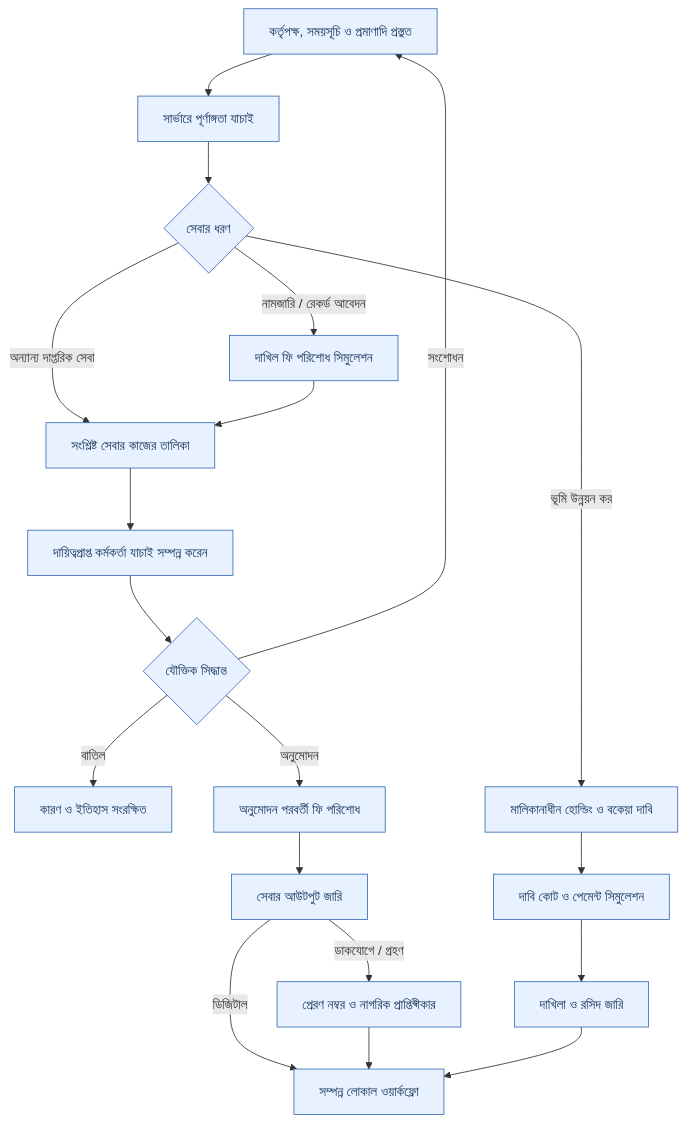
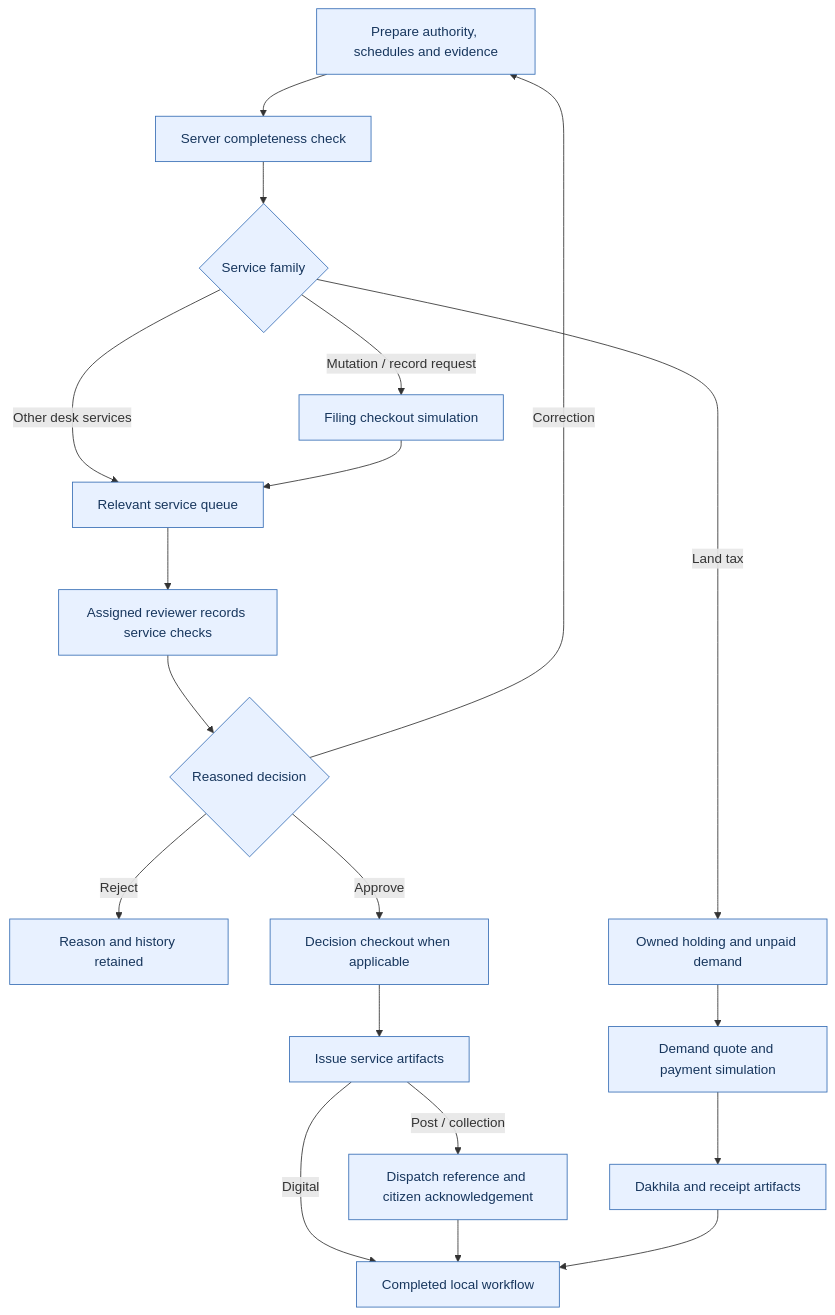
Before and after one commit to Shreyalien/E-Bhumi: the second of 3 diagrams in README.md, drawn with Mermaid. The commit also changed other lines of this file and 1 other file, not shown here.

````diff
--- a/README.md
+++ b/README.md
@@ -229,23 +240,23 @@
 ```mermaid
 flowchart TD
-    P["কর্তৃপক্ষ, সময়সূচি ও প্রমাণাদি প্রস্তুত"] --> C["সার্ভারে পূর্ণাঙ্গতা যাচাই"]
-    C --> M{"সেবার ধরণ"}
-    M -->|নামজারি / রেকর্ড আবেদন| F["দাখিল ফি পরিশোধ সিমুলেশন"]
-    M -->|অন্যান্য দাপ্তরিক সেবা| Q["সংশ্লিষ্ট সেবার কাজের তালিকা"]
+    P[Prepare authority, schedules and evidence] --> C[Server completeness check]
+    C --> M{Service family}
+    M -->|Mutation / record request| F[Filing checkout simulation]
+    M -->|Other desk services| Q[Relevant service queue]
     F --> Q
-    Q --> R["দায়িত্বপ্রাপ্ত কর্মকর্তা যাচাই সম্পন্ন করেন"]
-    R --> X{"যৌক্তিক সিদ্ধান্ত"}
-    X -->|সংশোধন| P
-    X -->|বাতিল| J["কারণ ও ইতিহাস সংরক্ষিত"]
-    X -->|অনুমোদন| D["অনুমোদন পরবর্তী ফি পরিশোধ"]
-    D --> O["সেবার আউটপুট জারি"]
-    O -->|ডিজিটাল| END["সম্পন্ন লোকাল ওয়ার্কফ্লো"]
-    O -->|ডাকযোগে / গ্রহণ| A["প্রেরণ নম্বর ও নাগরিক প্রাপ্তিস্বীকার"]
+    Q --> R[Assigned reviewer records service checks]
+    R --> X{Reasoned decision}
+    X -->|Correction| P
+    X -->|Reject| J[Reason and history retained]
+    X -->|Approve| D[Decision checkout when applicable]
+    D --> O[Issue service artifacts]
+    O -->|Digital| END[Completed local workflow]
+    O -->|Post / collection| A[Dispatch reference and citizen acknowledgement]
     A --> END
-    M -->|ভূমি উন্নয়ন কর| H["মালিকানাধীন হোল্ডিং ও বকেয়া দাবি"]
-    H --> T["দাবি কোট ও পেমেন্ট সিমুলেশন"]
-    T --> K["দাখিলা ও রসিদ জারি"]
+    M -->|Land tax| H[Owned holding and unpaid demand]
+    H --> T[Demand quote and payment simulation]
+    T --> K[Dakhila and receipt artifacts]
     K --> END
     classDef blue fill:#e8f1ff,stroke:#376eb5,color:#17365d;
     class P,C,M,F,Q,R,X,J,D,O,A,END,H,T,K blue;
 ```
````
